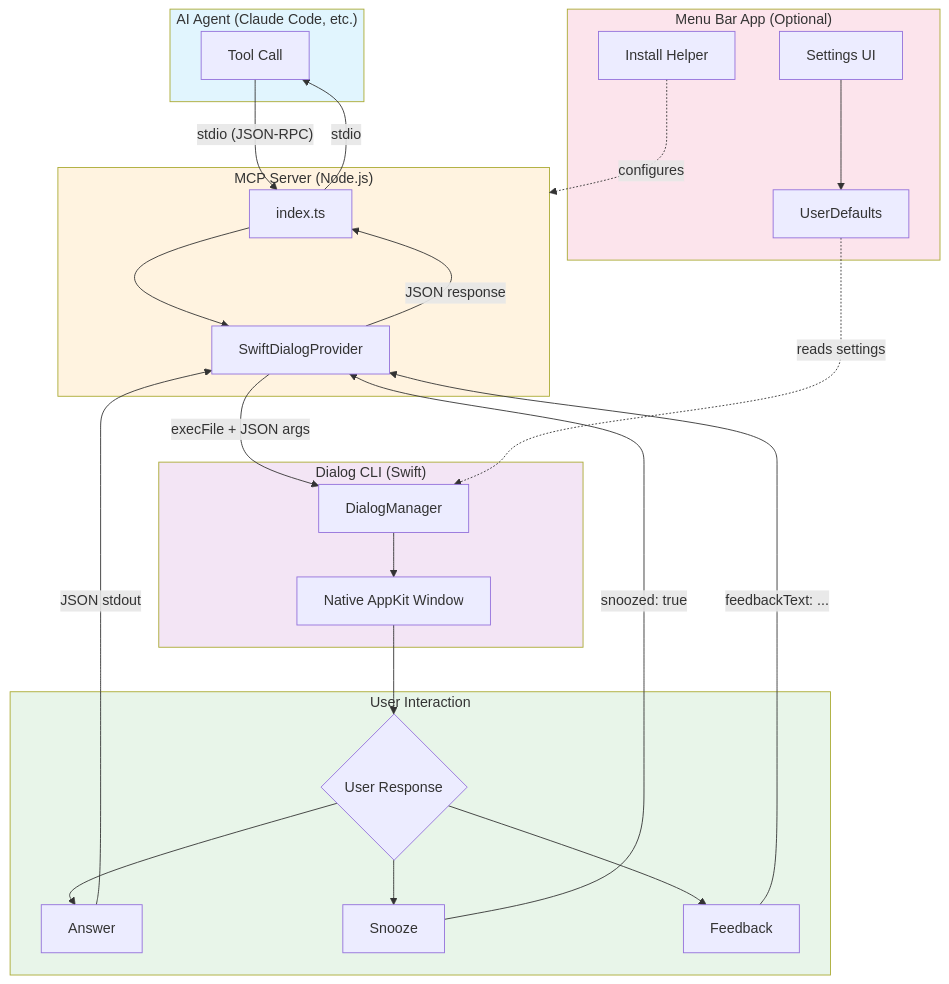
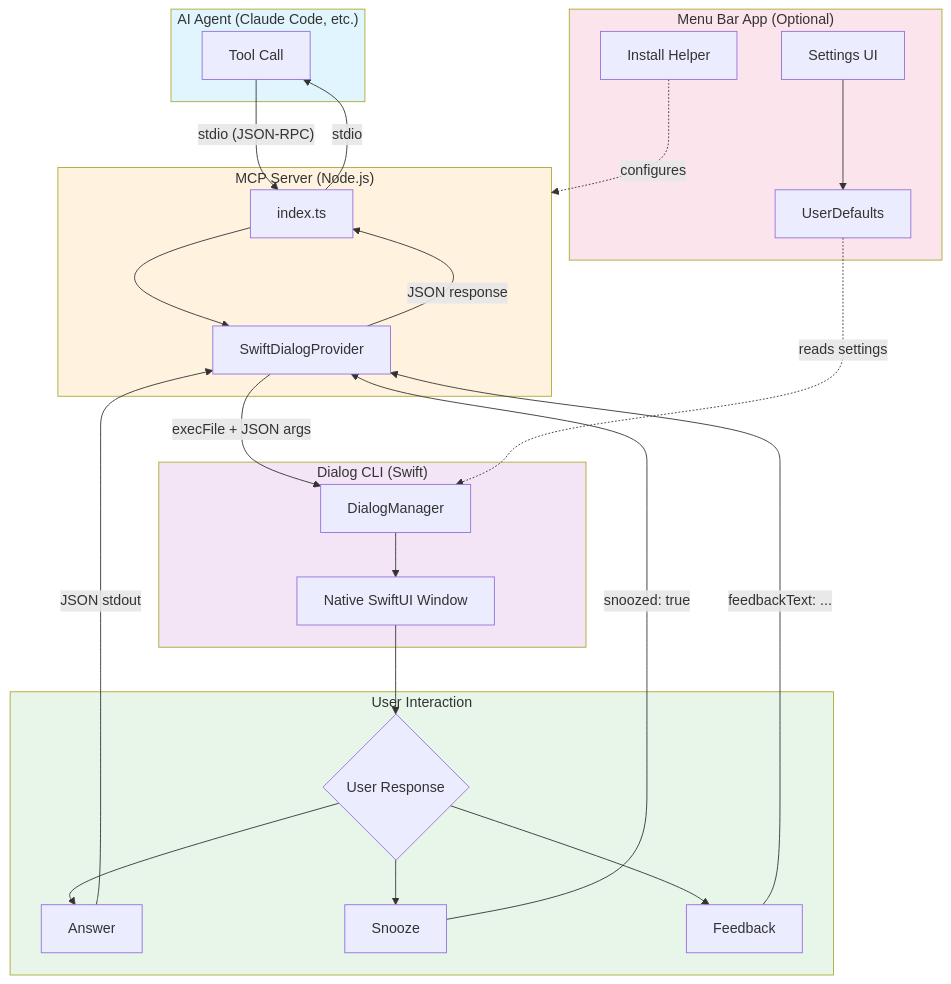
Before and after one commit to doublej/consult-user-mcp: the diagram in README.md, drawn with Mermaid. The commit also changed other lines of this file and 1 other file, not shown here.

Commit message:
docs: update docs for SwiftUI migration and text input toolbar
Updates architecture diagram and flow description from AppKit to SwiftUI.
Adds snooze/feedback checks and TextInputDialog to verify checklist.

````diff
--- a/README.md
+++ b/README.md
@@ -146,53 +146,53 @@
 ```mermaid
 flowchart TB
     subgraph Agent["AI Agent (Claude Code, etc.)"]
         A[Tool Call]
     end
 
     subgraph MCP["MCP Server (Node.js)"]
         B[index.ts]
         C[SwiftDialogProvider]
     end
 
     subgraph CLI["Dialog CLI (Swift)"]
         D[DialogManager]
-        E[Native AppKit Window]
+        E[Native SwiftUI Window]
     end
 
     subgraph User["User Interaction"]
         F{User Response}
         G[Answer]
         H[Snooze]
         I[Feedback]
     end
 
     subgraph App["Menu Bar App (Optional)"]
         J[Settings UI]
         K[UserDefaults]
         L[Install Helper]
     end
 
     A -->|"stdio (JSON-RPC)"| B
     B --> C
     C -->|"execFile + JSON args"| D
     D --> E
     E --> F
     F --> G
     F --> H
     F --> I
     G -->|"JSON stdout"| C
     H -->|"snoozed: true"| C
     I -->|"feedbackText: ..."| C
     C -->|"JSON response"| B
     B -->|"stdio"| A
 
     J --> K
     K -.->|"reads settings"| D
     L -.->|"configures"| MCP
 
     style Agent fill:#e1f5fe
     style MCP fill:#fff3e0
     style CLI fill:#f3e5f5
     style User fill:#e8f5e9
     style App fill:#fce4ec
 ```
````
